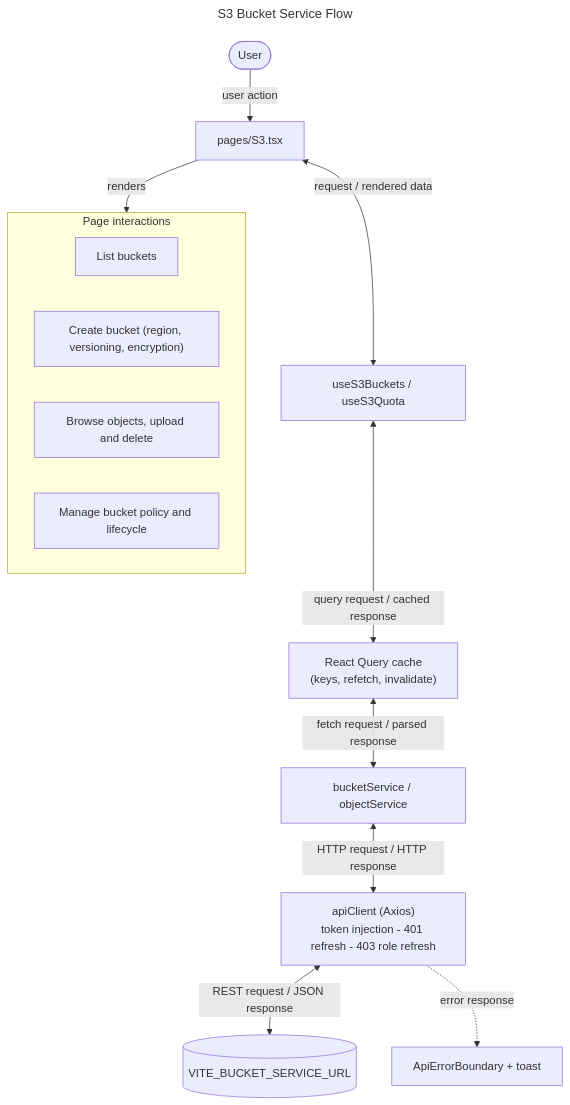
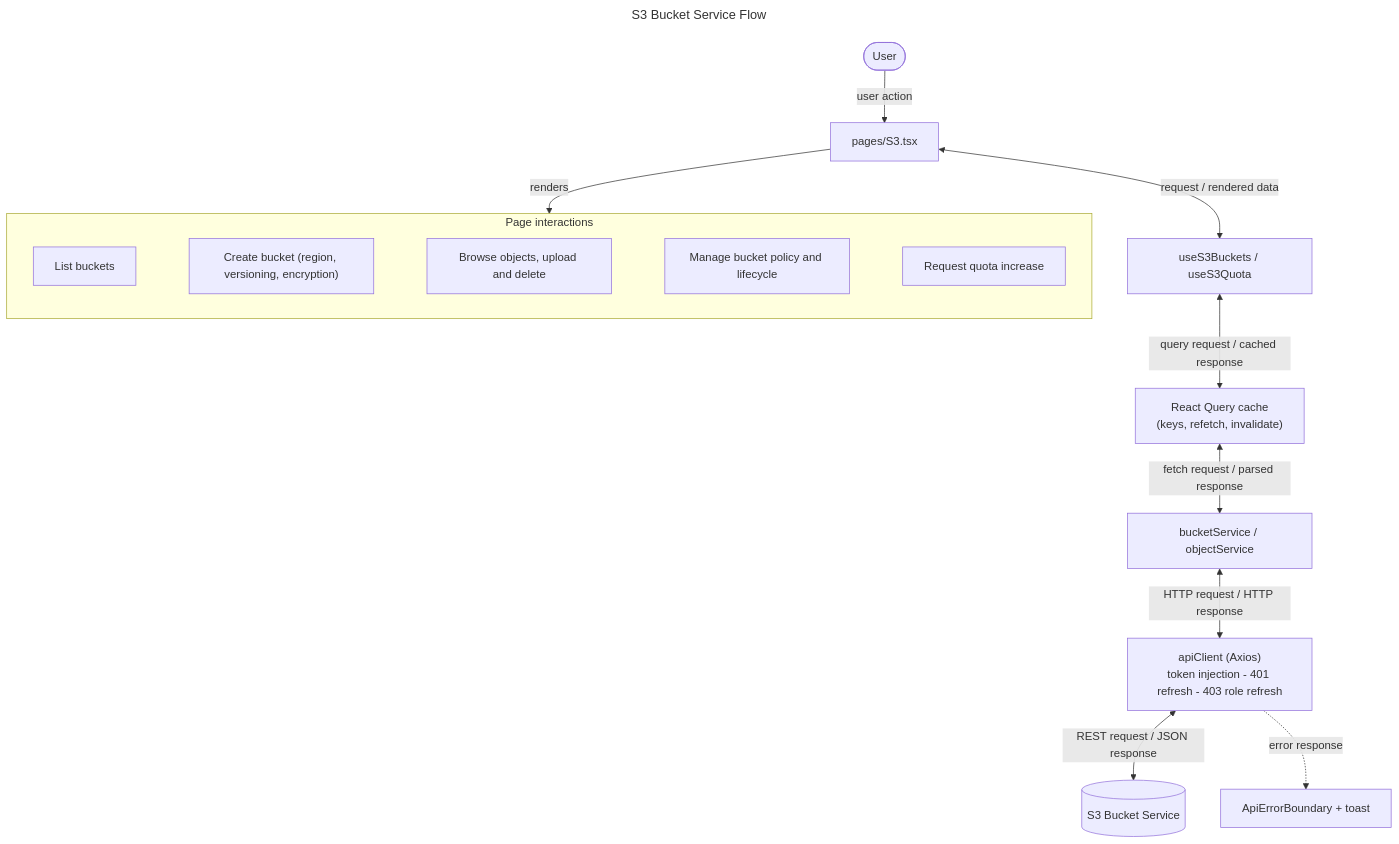
The diagram in docs/flowcharts/s3.mmd (sayeeduddinofficial/user-table-view), drawn with Mermaid before and after one commit. The commit also changed 87 other files, not shown here.

Commit message:
latest flow charts

```diff
--- a/docs/flowcharts/s3.mmd
+++ b/docs/flowcharts/s3.mmd
@@ -1,18 +1,21 @@
 ---
 title: S3 Bucket Service Flow
 ---
 flowchart TD
   U([User]) -->|"user action"| P["pages/S3.tsx"]
   P <-->|"request / rendered data"| H["useS3Buckets / useS3Quota"]
   H <-->|"query request / cached response"| Q["React Query cache<br/>(keys, refetch, invalidate)"]
   Q <-->|"fetch request / parsed response"| A["bucketService / objectService"]
   A <-->|"HTTP request / HTTP response"| C["apiClient (Axios)<br/>token injection - 401 refresh - 403 role refresh"]
-  C <-->|"REST request / JSON response"| S[("VITE_BUCKET_SERVICE_URL")]
+  C <-->|"REST request / JSON response"| S[("S3 Bucket Service")]
   P -->|"renders"| UI
   subgraph UI[Page interactions]
+    direction LR
     S0["List buckets"]
     S1["Create bucket (region, versioning, encryption)"]
     S2["Browse objects, upload and delete"]
     S3["Manage bucket policy and lifecycle"]
+    S4["Request quota increase"]
+    S0 ~~~ S1 ~~~ S2 ~~~ S3 ~~~ S4
   end
   C -. "error response" .-> E["ApiErrorBoundary + toast"]
```
